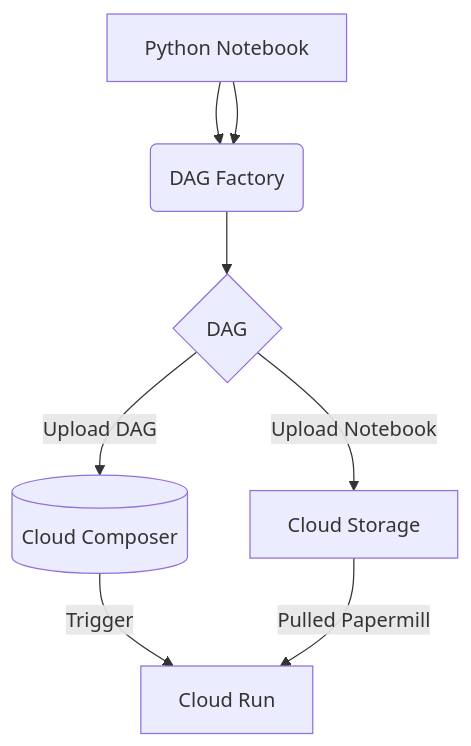
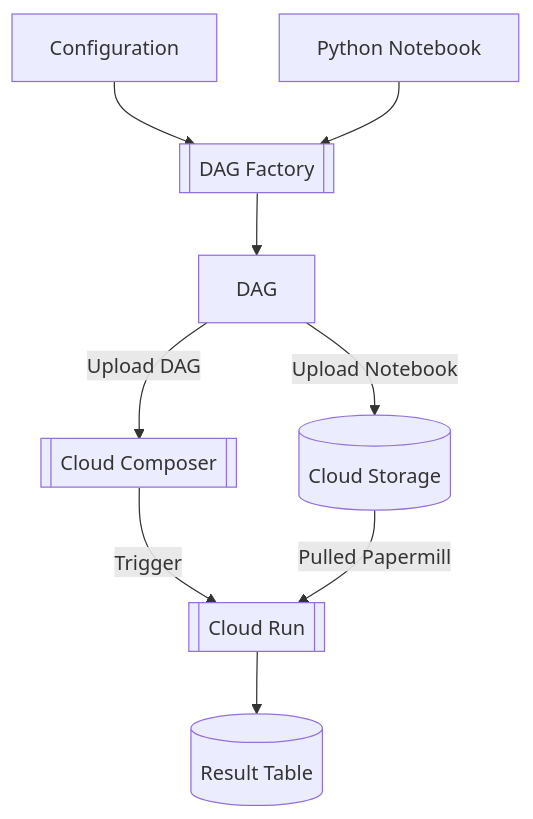
The diagram in README.md (chanon-kr/mini-orchestrator), drawn with Mermaid before and after one commit.

Commit message:
Update flow

````diff
--- a/README.md
+++ b/README.md
@@ -6,10 +6,11 @@
 ```mermaid
 flowchart TD
-    A[Configuration] --> B(DAG Factory)
-    A[Python Notebook] --> B
-    B --> C{DAG}
-    C -- Upload DAG --> D[(Cloud Composer)]
-    C -- Upload Notebook --> E[Cloud Storage]
-    D -- Trigger --> F[Cloud Run]
+    A1[Configuration] --> B[[DAG Factory]]
+    A2[Python Notebook] --> B
+    B --> C[DAG]
+    C -- Upload DAG --> D[[Cloud Composer]]
+    C -- Upload Notebook --> E[(Cloud Storage)]
+    D -- Trigger --> F[[Cloud Run]]
     E -- Pulled Papermill --> F
+    F --> G[(Result Table)]
 ```
````
